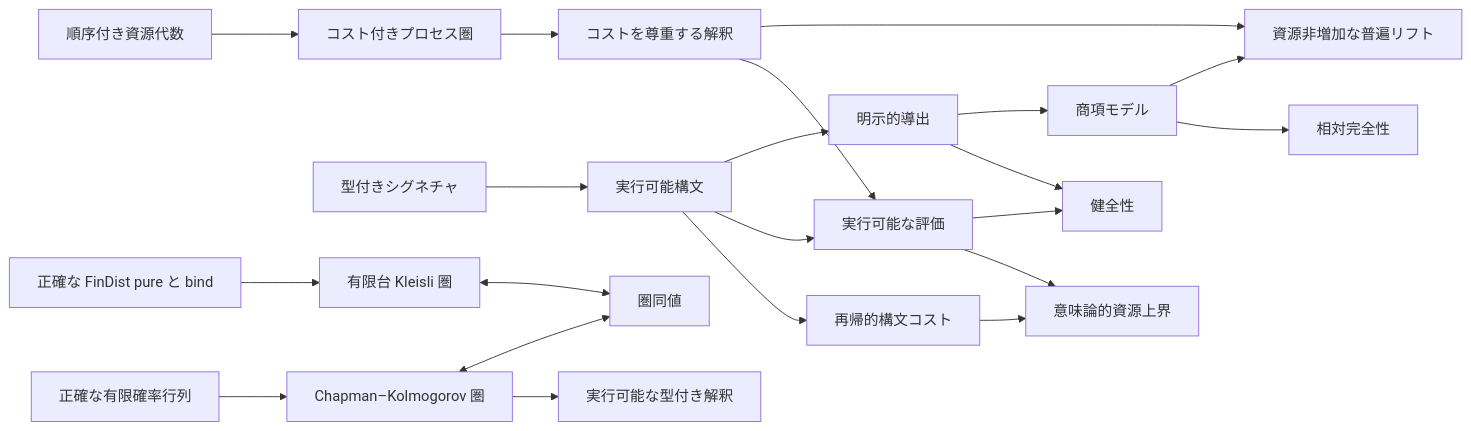
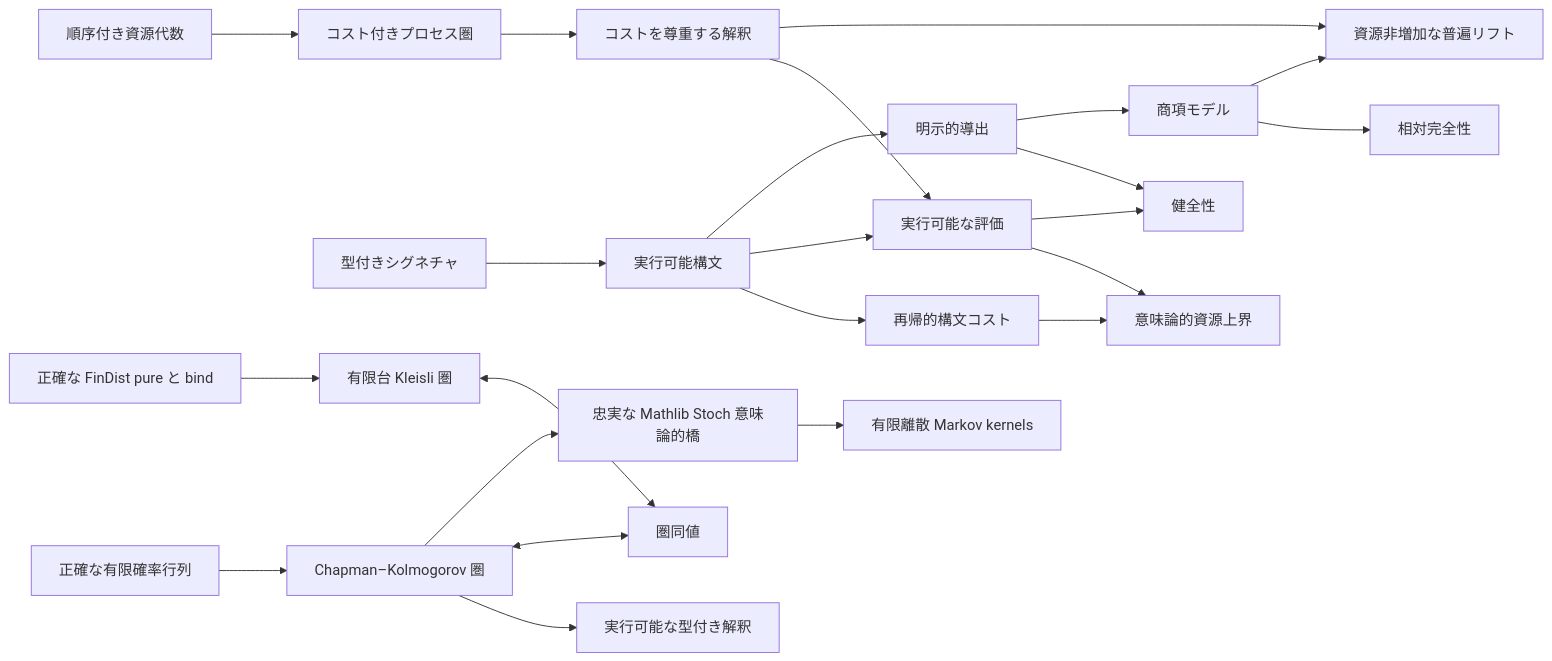
Before and after one commit to miuchan/ript: the diagram in docs/README.ja.md, drawn with Mermaid. The commit also changed other lines of this file and 10 other files, not shown here.

Commit message:
Prove the faithful Mathlib Stoch bridge (#5)

````diff
--- a/docs/README.ja.md
+++ b/docs/README.ja.md
@@ -235,23 +270,25 @@
 ```mermaid
 flowchart LR
   R["順序付き資源代数"] --> C["コスト付きプロセス圏"]
   S["型付きシグネチャ"] --> X["実行可能構文"]
   X --> K["再帰的構文コスト"]
   C --> I["コストを尊重する解釈"]
   X --> E["実行可能な評価"]
   I --> E
   K --> B["意味論的資源上界"]
   E --> B
   X --> D["明示的導出"]
   D --> SO["健全性"]
   E --> SO
   D --> T["商項モデル"]
   T --> CO["相対完全性"]
   I --> U["資源非増加な普遍リフト"]
   T --> U
   F["正確な有限確率行列"] --> CK["Chapman–Kolmogorov 圏"]
   CK --> EX["実行可能な型付き解釈"]
   FD["正確な FinDist pure と bind"] --> KL["有限台 Kleisli 圏"]
   CK <--> EQ["圏同値"]
   KL <--> EQ
+  CK --> ST["忠実な Mathlib Stoch 意味論的橋"]
+  ST --> MT["有限離散 Markov kernels"]
 ```
````
